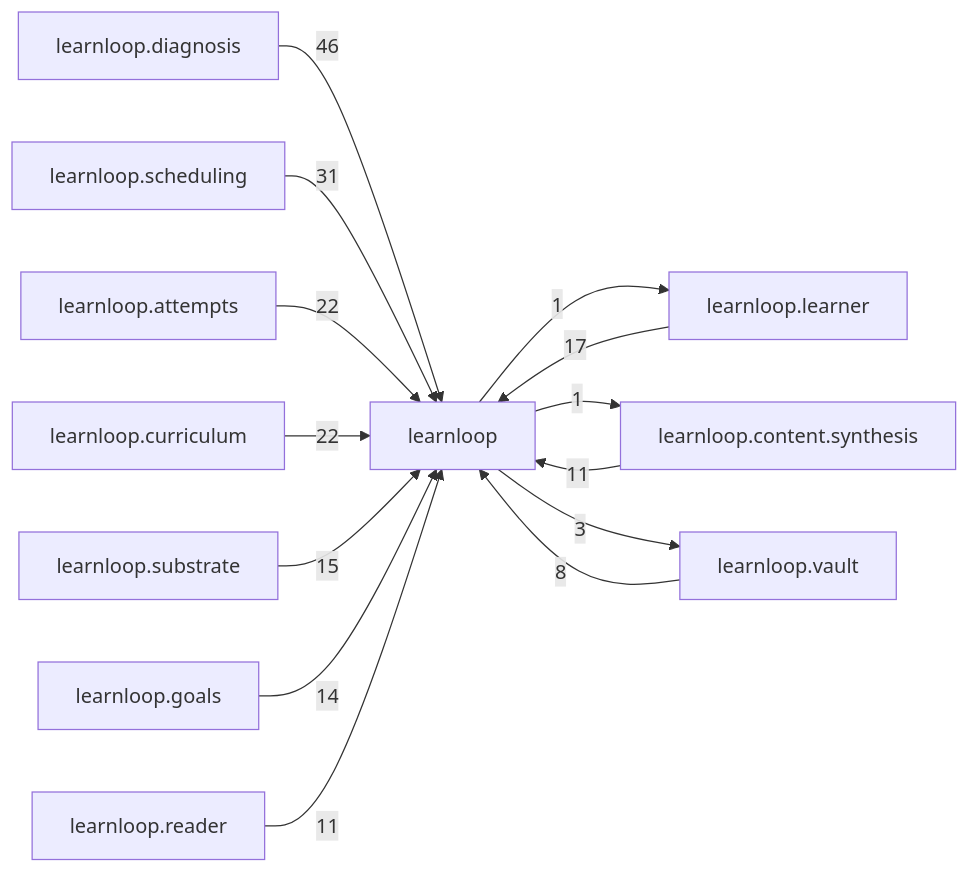
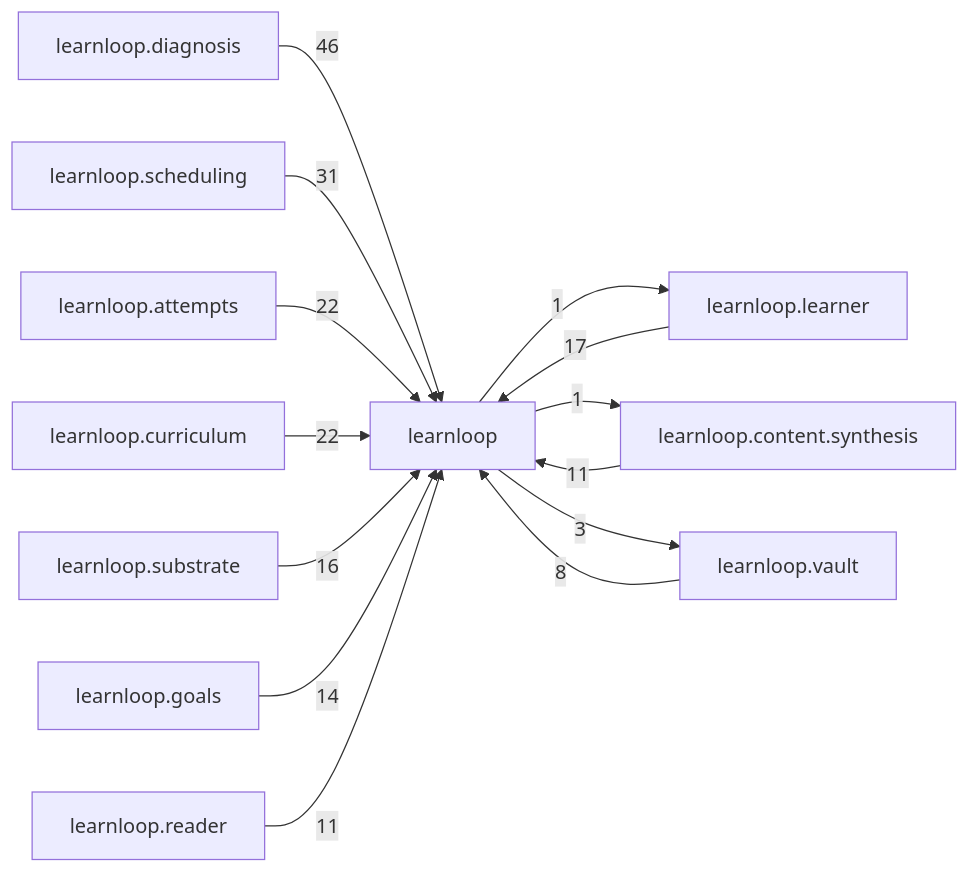
The diagram in docs/learnloop-architecture-vault/Reference/Modules/learnloop/_package.md (6up-b/learnanything), drawn with Mermaid before and after one commit. The commit also changed other lines of this file and 24 other files, not shown here.

````diff
--- a/docs/learnloop-architecture-vault/Reference/Modules/learnloop/_package.md
+++ b/docs/learnloop-architecture-vault/Reference/Modules/learnloop/_package.md
@@ -142,27 +142,27 @@
 ```mermaid
 flowchart LR
     center["learnloop"]
     n_learnloop_diagnosis["learnloop.diagnosis"]
     n_learnloop_scheduling["learnloop.scheduling"]
     n_learnloop_attempts["learnloop.attempts"]
     n_learnloop_curriculum["learnloop.curriculum"]
     n_learnloop_learner["learnloop.learner"]
     n_learnloop_substrate["learnloop.substrate"]
     n_learnloop_goals["learnloop.goals"]
     n_learnloop_content_synthesis["learnloop.content.synthesis"]
     n_learnloop_reader["learnloop.reader"]
     n_learnloop_vault["learnloop.vault"]
     n_learnloop_diagnosis -->|46| center
     n_learnloop_scheduling -->|31| center
     n_learnloop_attempts -->|22| center
     n_learnloop_curriculum -->|22| center
     n_learnloop_learner -->|17| center
     center -->|1| n_learnloop_learner
-    n_learnloop_substrate -->|15| center
+    n_learnloop_substrate -->|16| center
     n_learnloop_goals -->|14| center
     n_learnloop_content_synthesis -->|11| center
     center -->|1| n_learnloop_content_synthesis
     n_learnloop_reader -->|11| center
     n_learnloop_vault -->|8| center
     center -->|3| n_learnloop_vault
 ```
````
